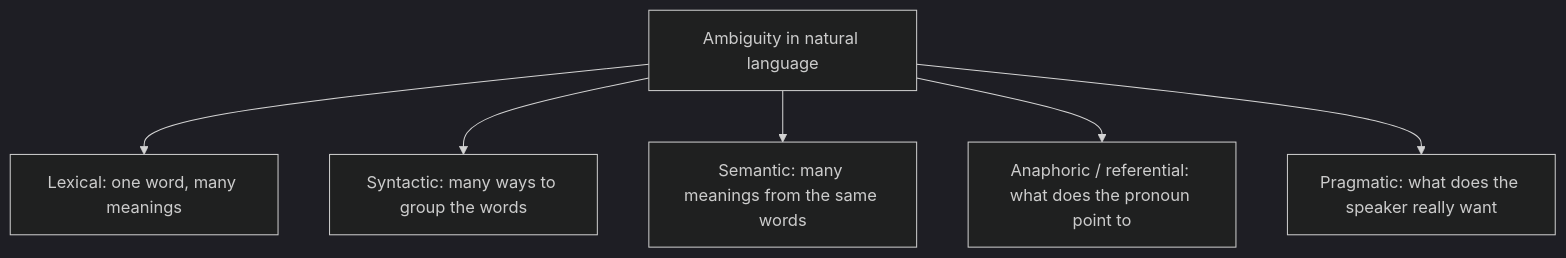
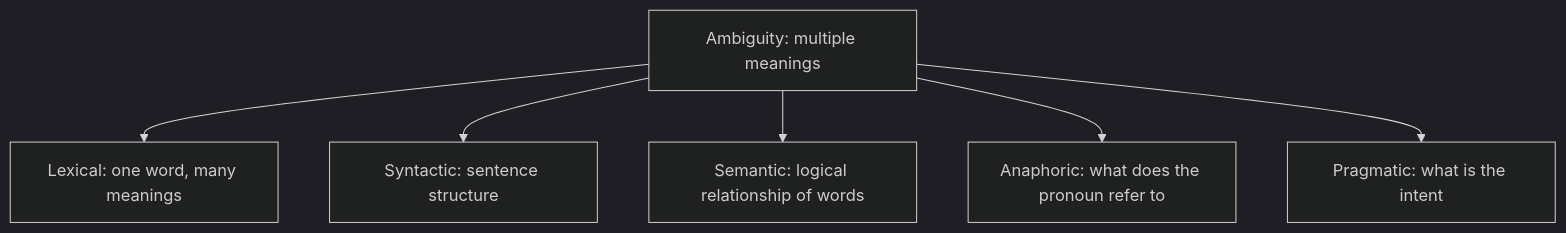
One commit to TrendySloth1001/sem-seven-notes changed the first of 3 diagrams in content/natural-language-processing/notes/ambiguity-challenges.mdx. Above: the diagram before and after it, drawn with Mermaid (dark theme). The commit also changed other lines of this file and 406 other files, not shown here.

````diff
--- a/content/natural-language-processing/notes/ambiguity-challenges.mdx
+++ b/content/natural-language-processing/notes/ambiguity-challenges.mdx
@@ -63,9 +49,9 @@
 ```mermaid
-%% caption: The types of ambiguity. The first two are about words and structure; the last three are about meaning, reference and intent. This redraws the idea of the GeeksforGeeks article.
+%% caption: The five types of ambiguity. The question to ask is "what is unclear?": a word, the structure, the logic, a pronoun, or the intention.
 flowchart TD
-  A["Ambiguity in natural language"] --> B["Lexical: one word, many meanings"]
-  A --> C["Syntactic: many ways to group the words"]
-  A --> D["Semantic: many meanings from the same words"]
-  A --> E["Anaphoric / referential: what does the pronoun point to"]
-  A --> F["Pragmatic: what does the speaker really want"]
+  A["Ambiguity: multiple meanings"] --> B["Lexical: one word, many meanings"]
+  A --> C["Syntactic: sentence structure"]
+  A --> D["Semantic: logical relationship of words"]
+  A --> E["Anaphoric: what does the pronoun refer to"]
+  A --> F["Pragmatic: what is the intent"]
 ```
````
